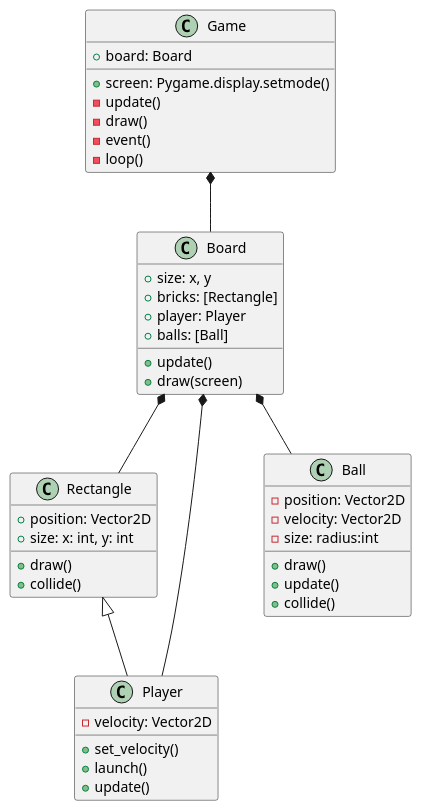
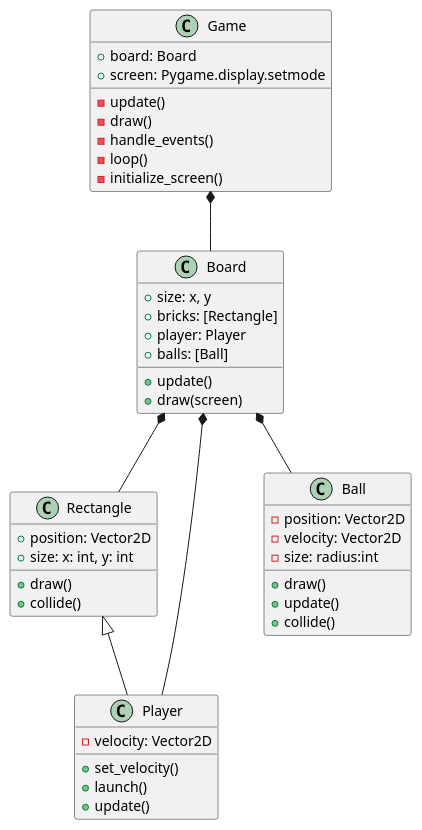
One commit to CodingChem/Breakout changed the diagram in uml.puml. Above: the diagram before and after it, drawn with PlantUML. The commit also changed 7 other files, not shown here.

```diff
--- a/uml.puml
+++ b/uml.puml
@@ -1,48 +1,49 @@
 @startuml 
 class Game {
     + board: Board
-    + screen: Pygame.display.setmode()
+    + screen: Pygame.display.setmode
     - update()
     - draw()
-    - event()
+    - handle_events()
     - loop()
+    - initialize_screen()
 }
 
 class Board {
     + size: x, y
     + bricks: [Rectangle]
     + player: Player
     + balls: [Ball]
     + update()
     + draw(screen)
 }
 
 class Rectangle {
     + position: Vector2D
     + size: x: int, y: int
     + draw()
     + collide()
 }
 
 class Player {
     - velocity: Vector2D
     + set_velocity()
     + launch()
     + update()
 }
 
 class Ball {
     - position: Vector2D
     - velocity: Vector2D
     - size: radius:int
     + draw()
     + update()
     + collide()
 }
 
 Game *-- Board
 Rectangle <|-- Player
 Board *-- Player
 Board *-- Rectangle
 Board *-- Ball
 @enduml
```
